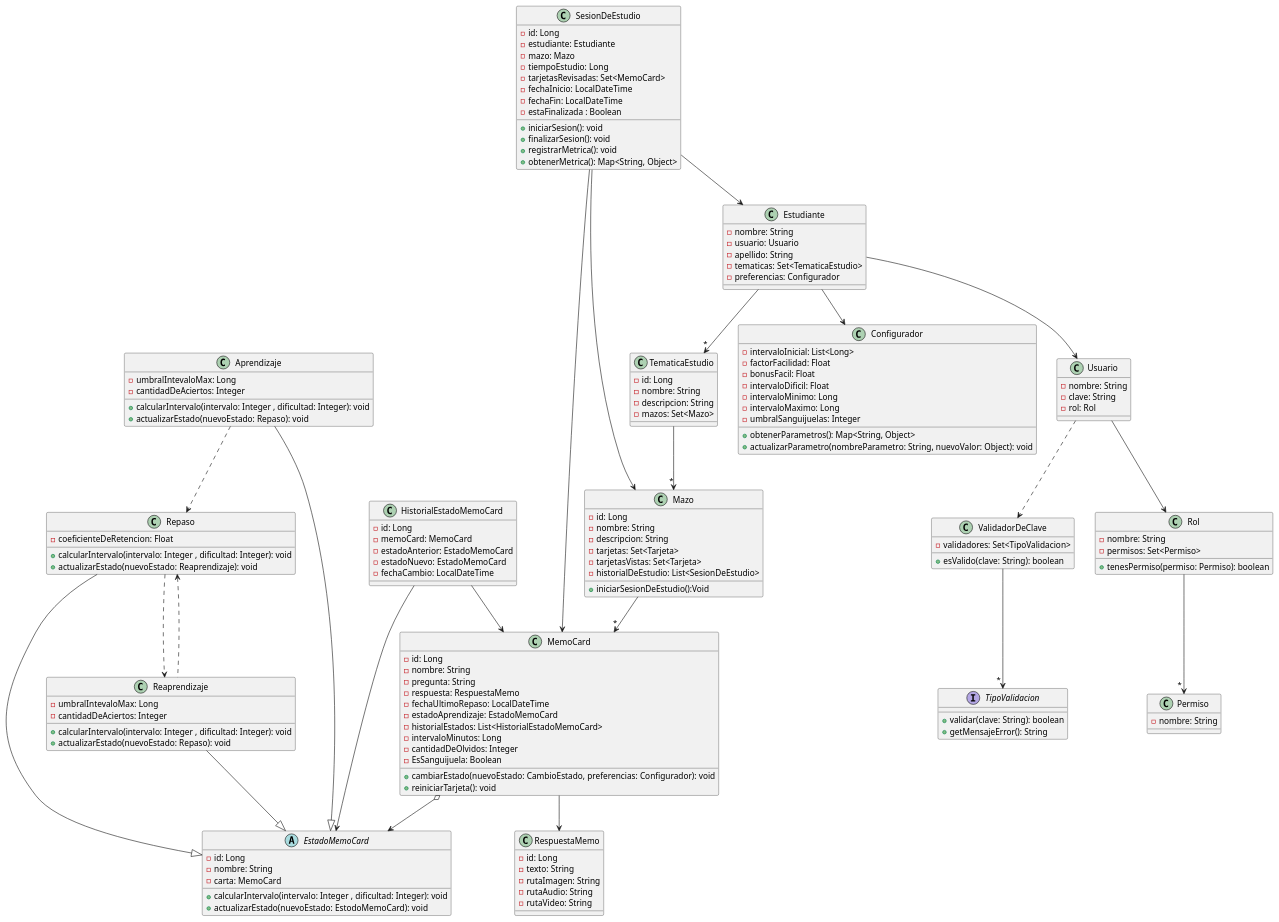
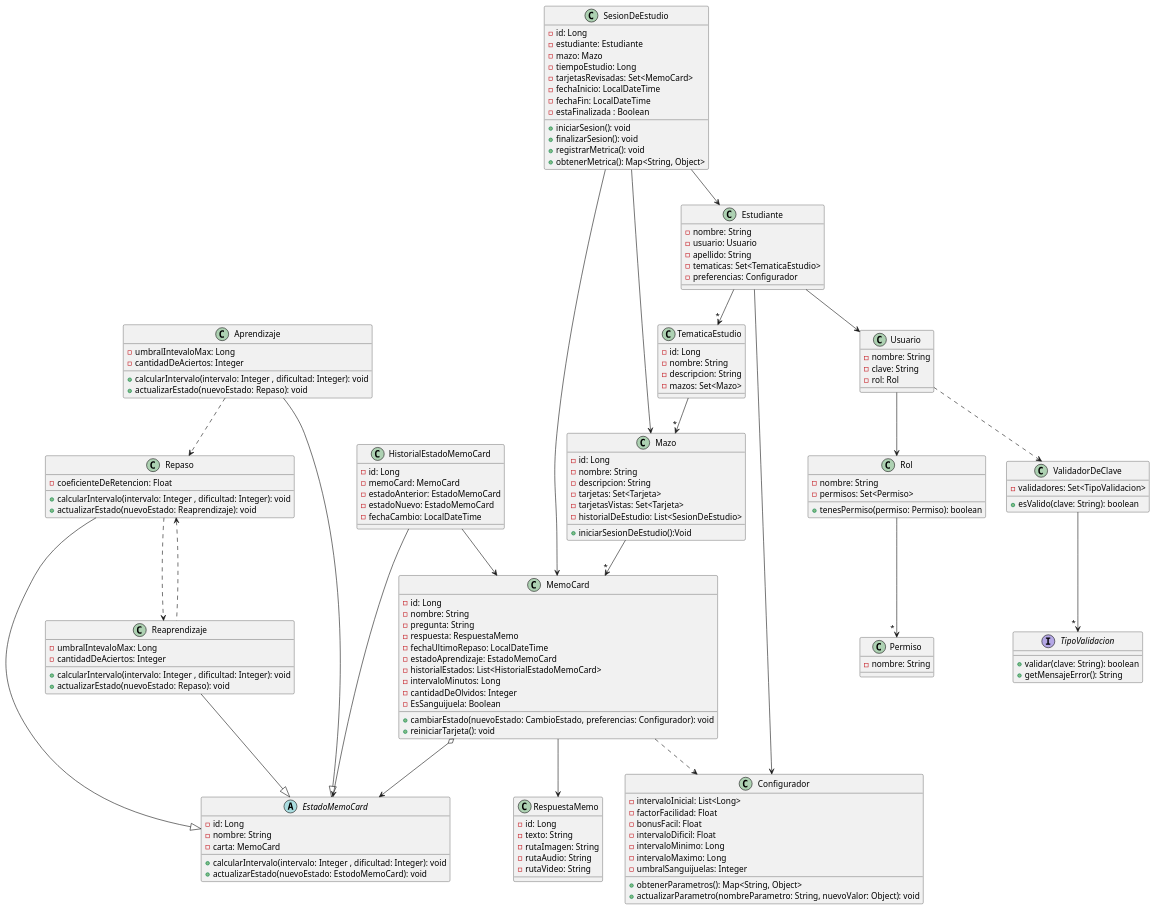
The diagram in documentos/diagramas/DiagramaDeClases.puml (nehuen-b-a/MemoCards), drawn with PlantUML before and after one commit.

Commit message:
documetos: Agrego relación en el diagrama de clases

```diff
--- a/documentos/diagramas/DiagramaDeClases.puml
+++ b/documentos/diagramas/DiagramaDeClases.puml
@@ -58,9 +58,10 @@
 
 MemoCard --> RespuestaMemo
 MemoCard o--> EstadoMemoCard
-
+MemoCard ..> Configurador
 
 ' -----------------------------------------
+
 
 class SesionDeEstudio {
 '-------ATRIBUTOS----------
```
